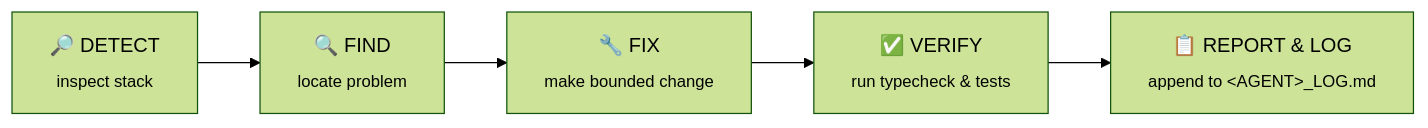
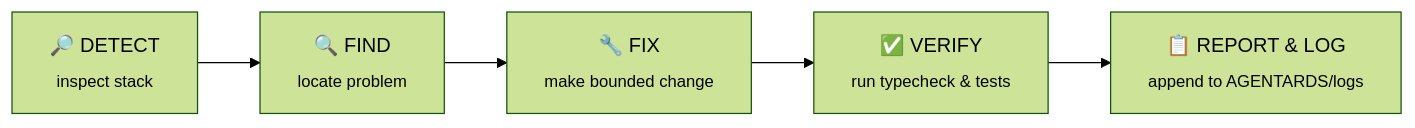
The diagram in README.md (administrakt0r/AGENTARDS), drawn with Mermaid (forest theme) before and after one commit. The commit also changed other lines of this file and 50 other files, not shown here.

````diff
--- a/README.md
+++ b/README.md
@@ -76,7 +76,7 @@
 ```mermaid
 flowchart LR
     A["🔎 DETECT<br/><sub>inspect stack</sub>"] --> B["🔍 FIND<br/><sub>locate problem</sub>"]
     B --> C["🔧 FIX<br/><sub>make bounded change</sub>"]
     C --> D["✅ VERIFY<br/><sub>run typecheck & tests</sub>"]
-    D --> E["📋 REPORT & LOG<br/><sub>append to &lt;AGENT&gt;_LOG.md</sub>"]
+    D --> E["📋 REPORT & LOG<br/><sub>append to AGENTARDS/logs</sub>"]
 ```
````
